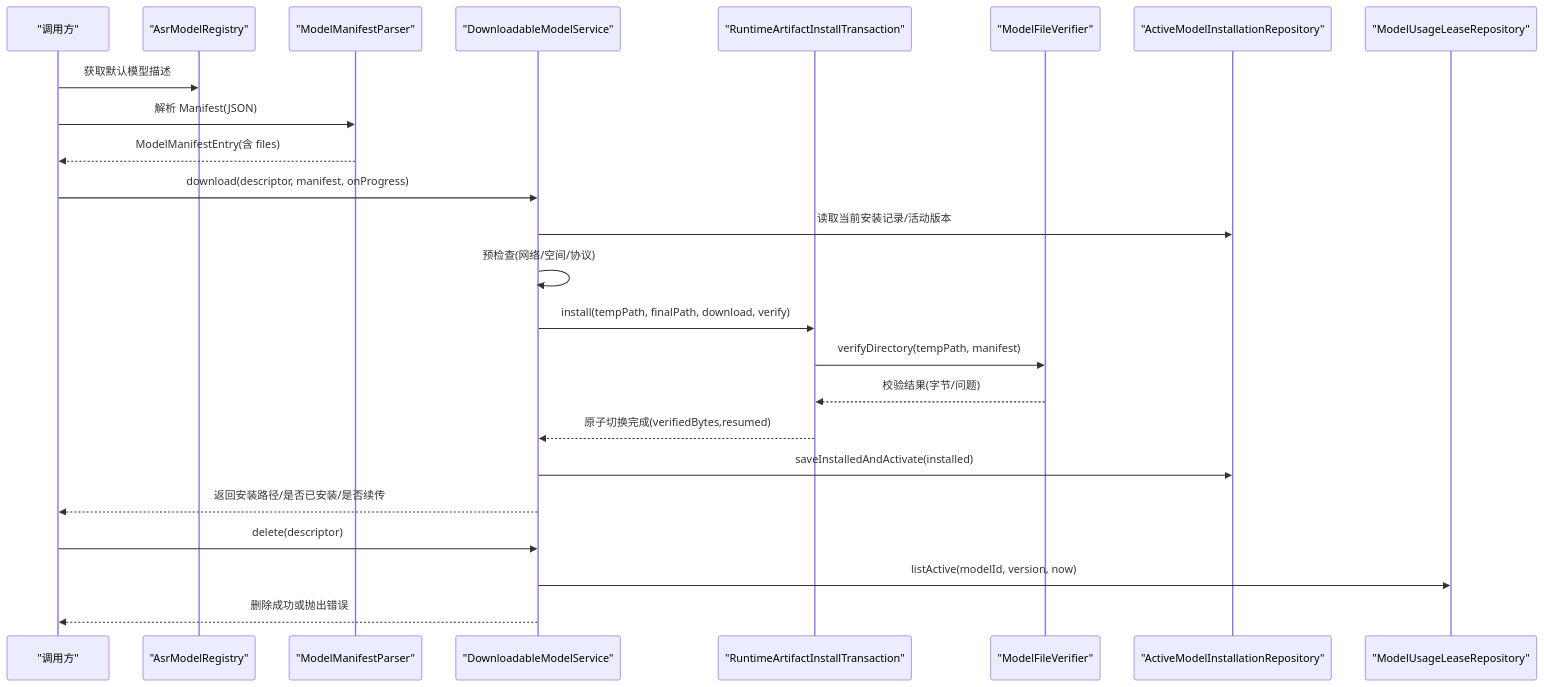
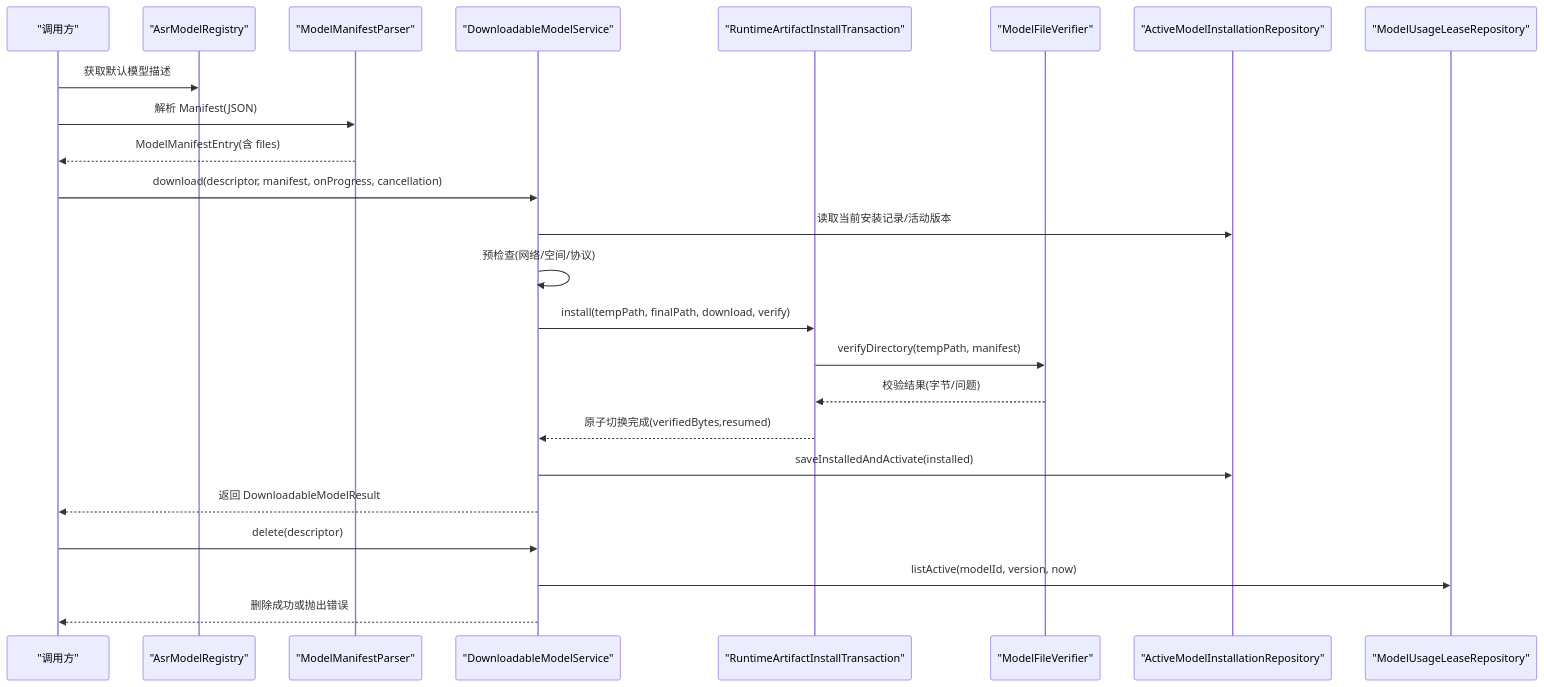
Before and after one commit to zhangheng2022/meet_trace: the second of 7 diagrams in .qoder/repowiki/zh/content/核心功能模块/模型管理系统.md, drawn with Mermaid. The commit also changed other lines of this file and 111 other files, not shown here.

````diff
--- a/.qoder/repowiki/zh/content/核心功能模块/模型管理系统.md
+++ b/.qoder/repowiki/zh/content/核心功能模块/模型管理系统.md
@@ -126,26 +142,26 @@
 ```mermaid
 sequenceDiagram
 participant Caller as "调用方"
 participant Registry as "AsrModelRegistry"
 participant Parser as "ModelManifestParser"
 participant Service as "DownloadableModelService"
 participant Tx as "RuntimeArtifactInstallTransaction"
 participant Verifier as "ModelFileVerifier"
 participant Repo as "ActiveModelInstallationRepository"
 participant Lease as "ModelUsageLeaseRepository"
 Caller->>Registry : 获取默认模型描述
 Caller->>Parser : 解析 Manifest(JSON)
 Parser-->>Caller : ModelManifestEntry(含 files)
-Caller->>Service : download(descriptor, manifest, onProgress)
+Caller->>Service : download(descriptor, manifest, onProgress, cancellation)
 Service->>Repo : 读取当前安装记录/活动版本
 Service->>Service : 预检查(网络/空间/协议)
 Service->>Tx : install(tempPath, finalPath, download, verify)
 Tx->>Verifier : verifyDirectory(tempPath, manifest)
 Verifier-->>Tx : 校验结果(字节/问题)
 Tx-->>Service : 原子切换完成(verifiedBytes,resumed)
 Service->>Repo : saveInstalledAndActivate(installed)
-Service-->>Caller : 返回安装路径/是否已安装/是否续传
+Service-->>Caller : 返回 DownloadableModelResult
 Caller->>Service : delete(descriptor)
 Service->>Lease : listActive(modelId, version, now)
 Service-->>Caller : 删除成功或抛出错误
 ```
````
